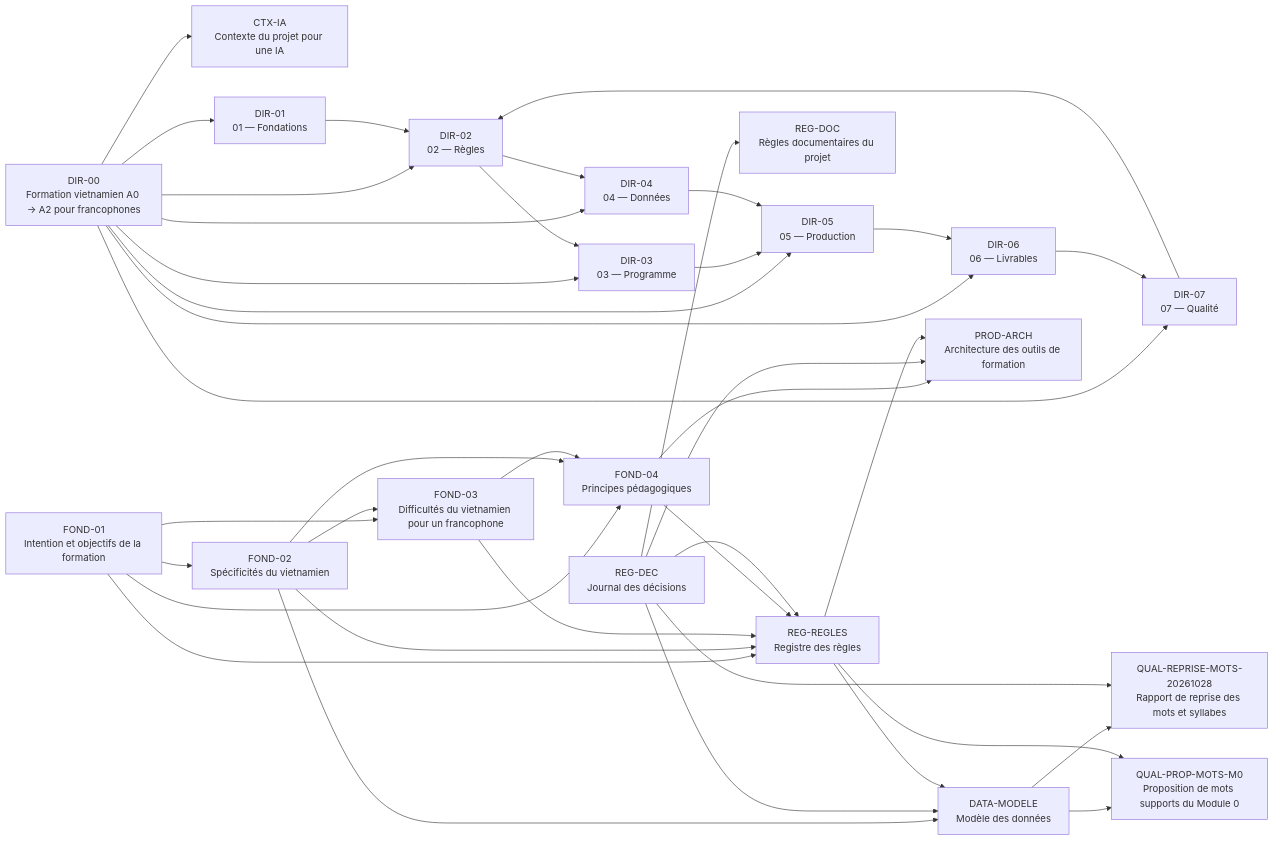
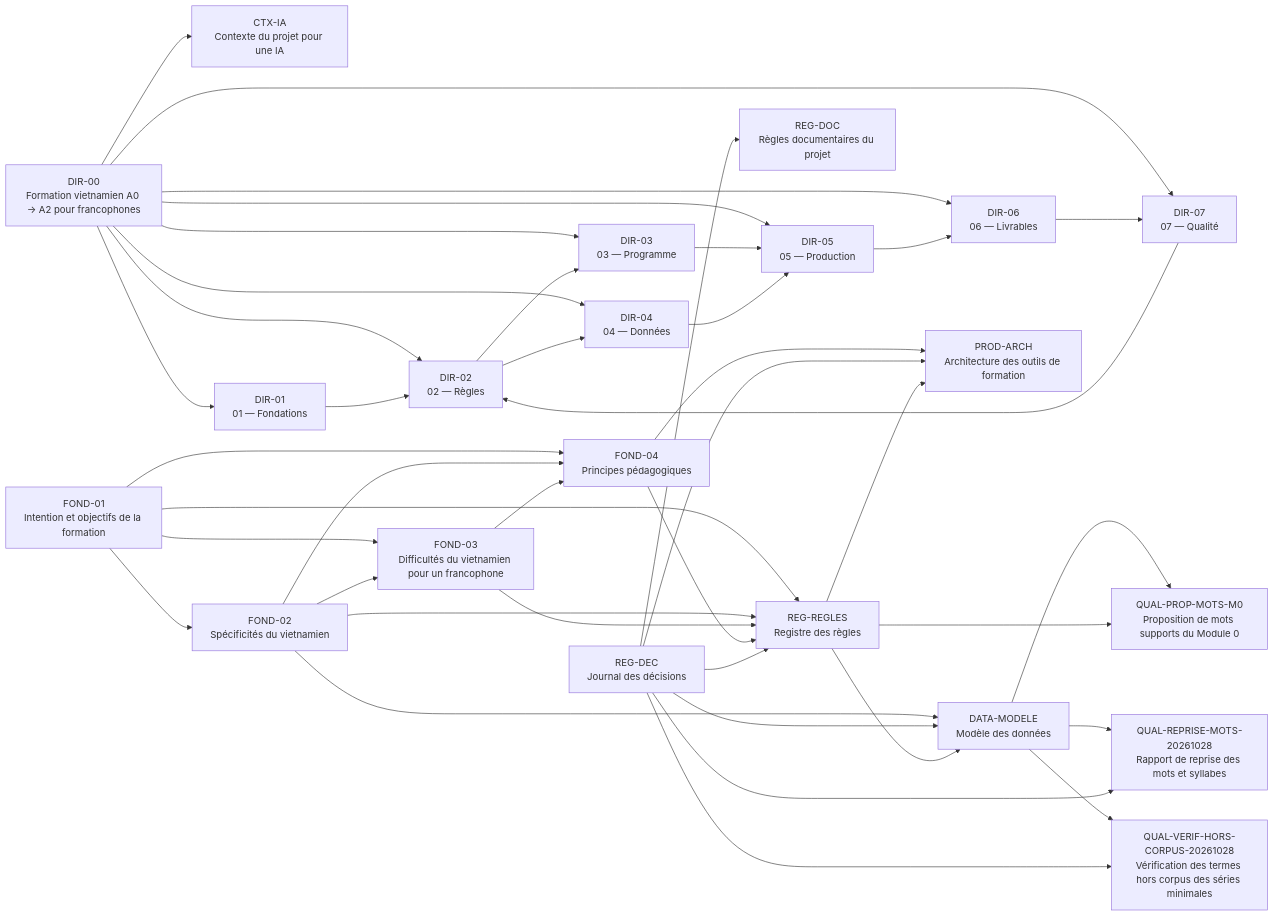
One commit to cappleinouest-lang/viet-project changed the diagram in CARTE_DOCUMENTAIRE.md. Above: the diagram before and after it, drawn with Mermaid. The commit also changed other lines of this file and 7 other files, not shown here.

Commit message:
DEC-0027 : termes hors corpus vérifiés, syllabe inventée permise en E2

````diff
--- a/CARTE_DOCUMENTAIRE.md
+++ b/CARTE_DOCUMENTAIRE.md
@@ -21,61 +21,64 @@
 ```mermaid
 graph LR
   CTX_IA["CTX-IA<br/>Contexte du projet pour une IA"]
   DATA_MODELE["DATA-MODELE<br/>Modèle des données"]
   DIR_00["DIR-00<br/>Formation vietnamien A0 → A2 pour francophones"]
   DIR_01["DIR-01<br/>01 — Fondations"]
   DIR_02["DIR-02<br/>02 — Règles"]
   DIR_03["DIR-03<br/>03 — Programme"]
   DIR_04["DIR-04<br/>04 — Données"]
   DIR_05["DIR-05<br/>05 — Production"]
   DIR_06["DIR-06<br/>06 — Livrables"]
   DIR_07["DIR-07<br/>07 — Qualité"]
   FOND_01["FOND-01<br/>Intention et objectifs de la formation"]
   FOND_02["FOND-02<br/>Spécificités du vietnamien"]
   FOND_03["FOND-03<br/>Difficultés du vietnamien pour un francophone"]
   FOND_04["FOND-04<br/>Principes pédagogiques"]
   PROD_ARCH["PROD-ARCH<br/>Architecture des outils de formation"]
   QUAL_PROP_MOTS_M0["QUAL-PROP-MOTS-M0<br/>Proposition de mots supports du Module 0"]
   QUAL_REPRISE_MOTS_20261028["QUAL-REPRISE-MOTS-20261028<br/>Rapport de reprise des mots et syllabes"]
+  QUAL_VERIF_HORS_CORPUS_20261028["QUAL-VERIF-HORS-CORPUS-20261028<br/>Vérification des termes hors corpus des séries minimales"]
   REG_DEC["REG-DEC<br/>Journal des décisions"]
   REG_DOC["REG-DOC<br/>Règles documentaires du projet"]
   REG_REGLES["REG-REGLES<br/>Registre des règles"]
   DATA_MODELE --> QUAL_PROP_MOTS_M0
   DATA_MODELE --> QUAL_REPRISE_MOTS_20261028
+  DATA_MODELE --> QUAL_VERIF_HORS_CORPUS_20261028
   DIR_00 --> CTX_IA
   DIR_00 --> DIR_01
   DIR_00 --> DIR_02
   DIR_00 --> DIR_03
   DIR_00 --> DIR_04
   DIR_00 --> DIR_05
   DIR_00 --> DIR_06
   DIR_00 --> DIR_07
   DIR_01 --> DIR_02
   DIR_02 --> DIR_03
   DIR_02 --> DIR_04
   DIR_03 --> DIR_05
   DIR_04 --> DIR_05
   DIR_05 --> DIR_06
   DIR_06 --> DIR_07
   DIR_07 --> DIR_02
   FOND_01 --> FOND_02
   FOND_01 --> FOND_03
   FOND_01 --> FOND_04
   FOND_01 --> REG_REGLES
   FOND_02 --> DATA_MODELE
   FOND_02 --> FOND_03
   FOND_02 --> FOND_04
   FOND_02 --> REG_REGLES
   FOND_03 --> FOND_04
   FOND_03 --> REG_REGLES
   FOND_04 --> PROD_ARCH
   FOND_04 --> REG_REGLES
   REG_DEC --> DATA_MODELE
   REG_DEC --> PROD_ARCH
   REG_DEC --> QUAL_REPRISE_MOTS_20261028
+  REG_DEC --> QUAL_VERIF_HORS_CORPUS_20261028
   REG_DEC --> REG_DOC
   REG_DEC --> REG_REGLES
   REG_REGLES --> DATA_MODELE
   REG_REGLES --> PROD_ARCH
   REG_REGLES --> QUAL_PROP_MOTS_M0
 ```
````
